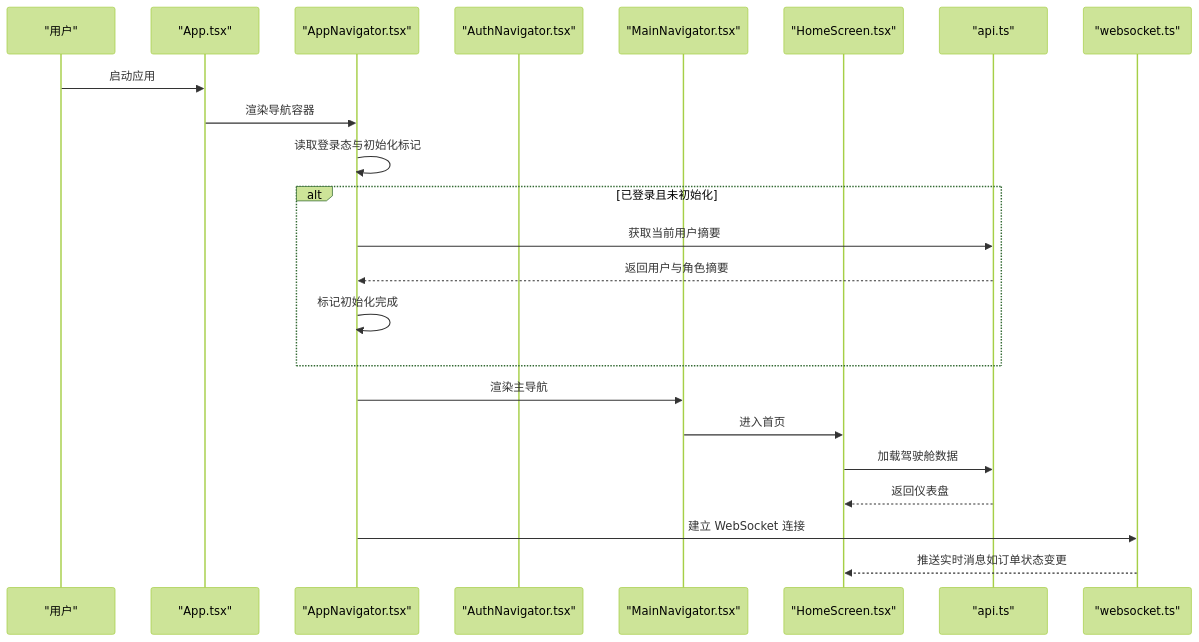
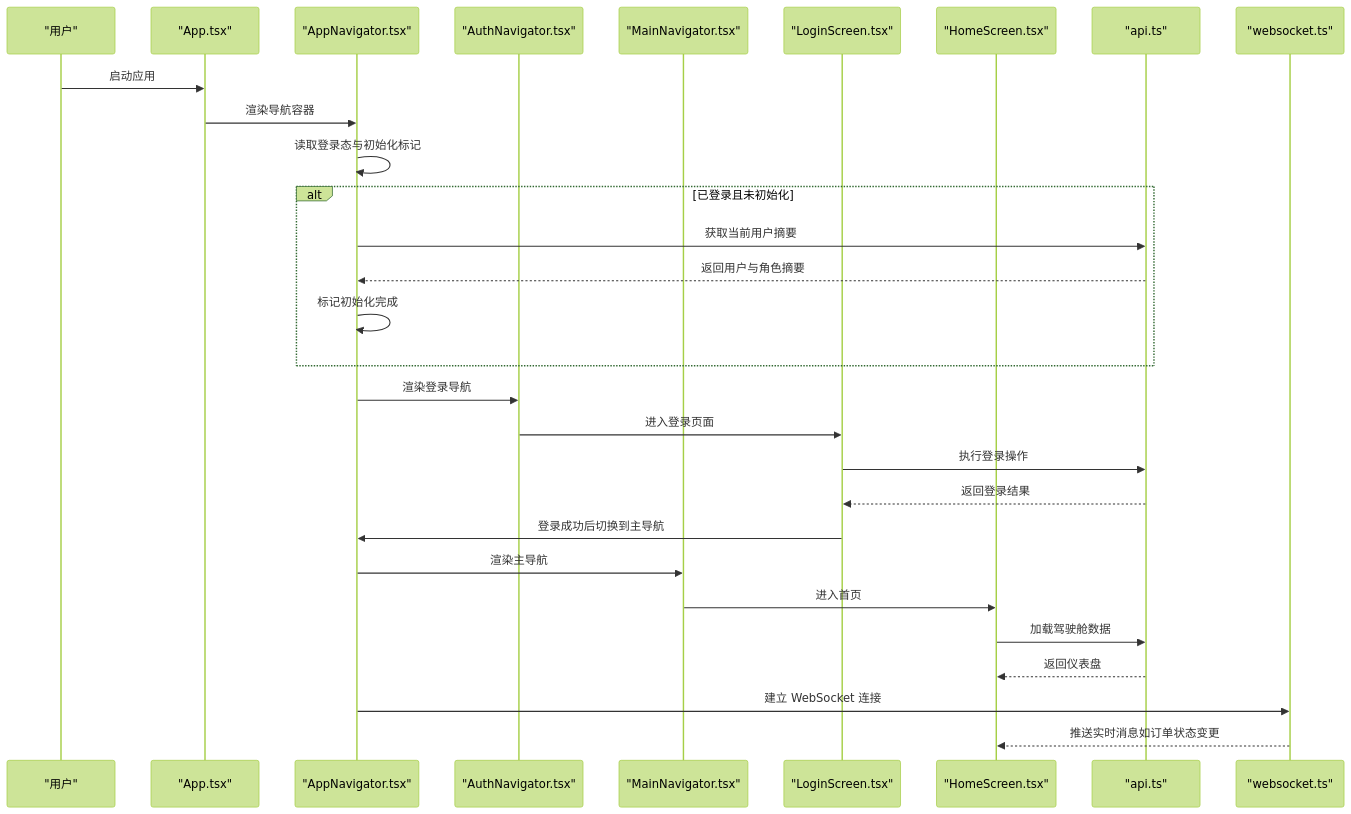
Before and after one commit to yinsw-c2e/drone_Rental_platform_v1: the second of 8 diagrams in .qoder/repowiki/zh/content/移动端应用/移动端应用.md, drawn with Mermaid (forest theme). The commit also changed other lines of this file and 11 other files, not shown here.

````diff
--- a/.qoder/repowiki/zh/content/移动端应用/移动端应用.md
+++ b/.qoder/repowiki/zh/content/移动端应用/移动端应用.md
@@ -122,25 +138,31 @@
 ```mermaid
 sequenceDiagram
 participant U as "用户"
 participant App as "App.tsx"
 participant Nav as "AppNavigator.tsx"
 participant Auth as "AuthNavigator.tsx"
 participant Main as "MainNavigator.tsx"
+participant Login as "LoginScreen.tsx"
 participant Home as "HomeScreen.tsx"
 participant API as "api.ts"
 participant WS as "websocket.ts"
 U->>App : 启动应用
 App->>Nav : 渲染导航容器
 Nav->>Nav : 读取登录态与初始化标记
 alt 已登录且未初始化
 Nav->>API : 获取当前用户摘要
 API-->>Nav : 返回用户与角色摘要
 Nav->>Nav : 标记初始化完成
 end
+Nav->>Auth : 渲染登录导航
+Auth->>Login : 进入登录页面
+Login->>API : 执行登录操作
+API-->>Login : 返回登录结果
+Login->>Nav : 登录成功后切换到主导航
 Nav->>Main : 渲染主导航
 Main->>Home : 进入首页
 Home->>API : 加载驾驶舱数据
 API-->>Home : 返回仪表盘
 Nav->>WS : 建立 WebSocket 连接
 WS-->>Home : 推送实时消息如订单状态变更
 ```
````
